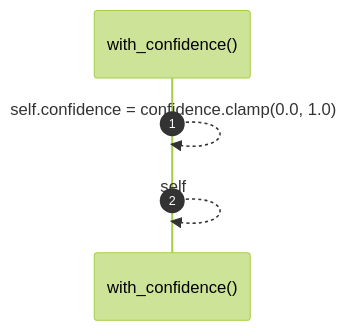
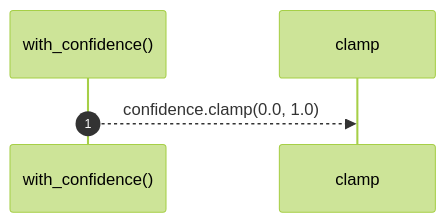
One commit to RyanGuild/self-describing-code changed the second of 2 diagrams in docs/self-model/robby_ir/model/impl-provenance.md. Above: the diagram before and after it, drawn with Mermaid (forest theme). The commit also changed other lines of this file and 1404 other files, not shown here.

````diff
--- a/docs/self-model/robby_ir/model/impl-provenance.md
+++ b/docs/self-model/robby_ir/model/impl-provenance.md
@@ -72,7 +71,7 @@
 ```mermaid
 sequenceDiagram
     autonumber
     participant with_confidence as with_confidence()
-    with_confidence-->>with_confidence: self.confidence = confidence.clamp(0.0, 1.0)
-    with_confidence-->>with_confidence: self
+    participant clamp as clamp
+    with_confidence-->>clamp: confidence.clamp(0.0, 1.0)
 ```
````
